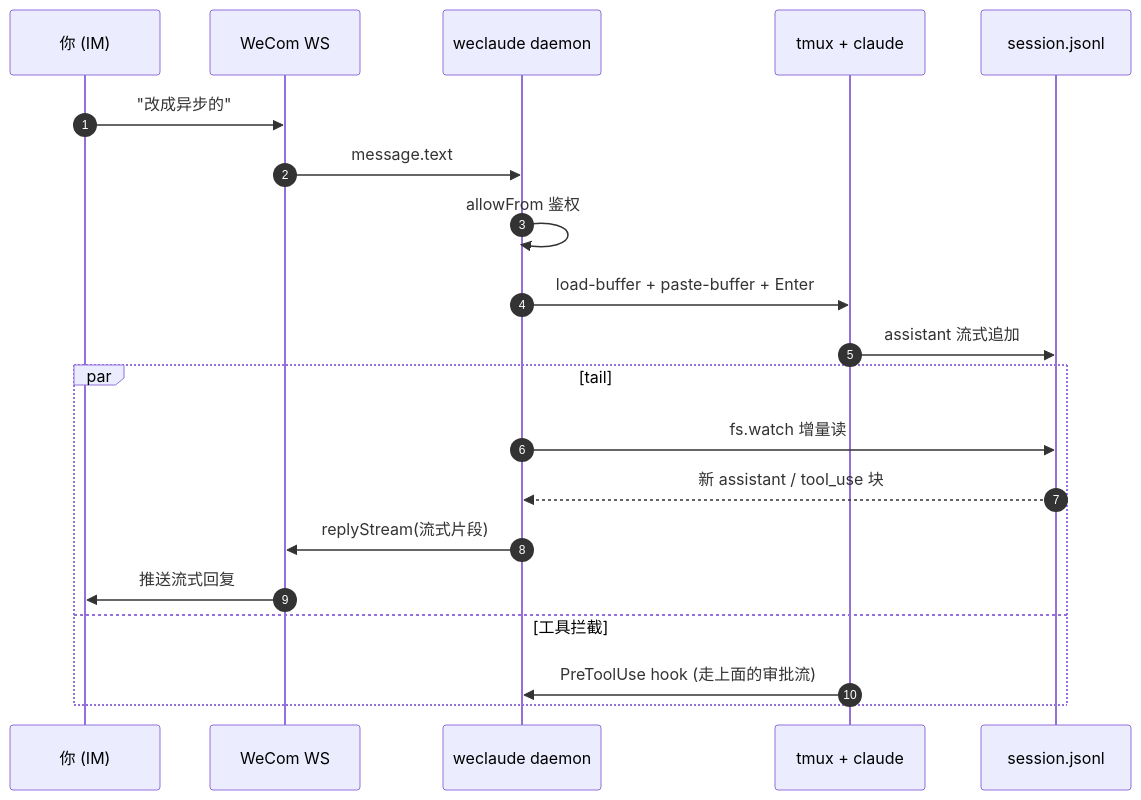
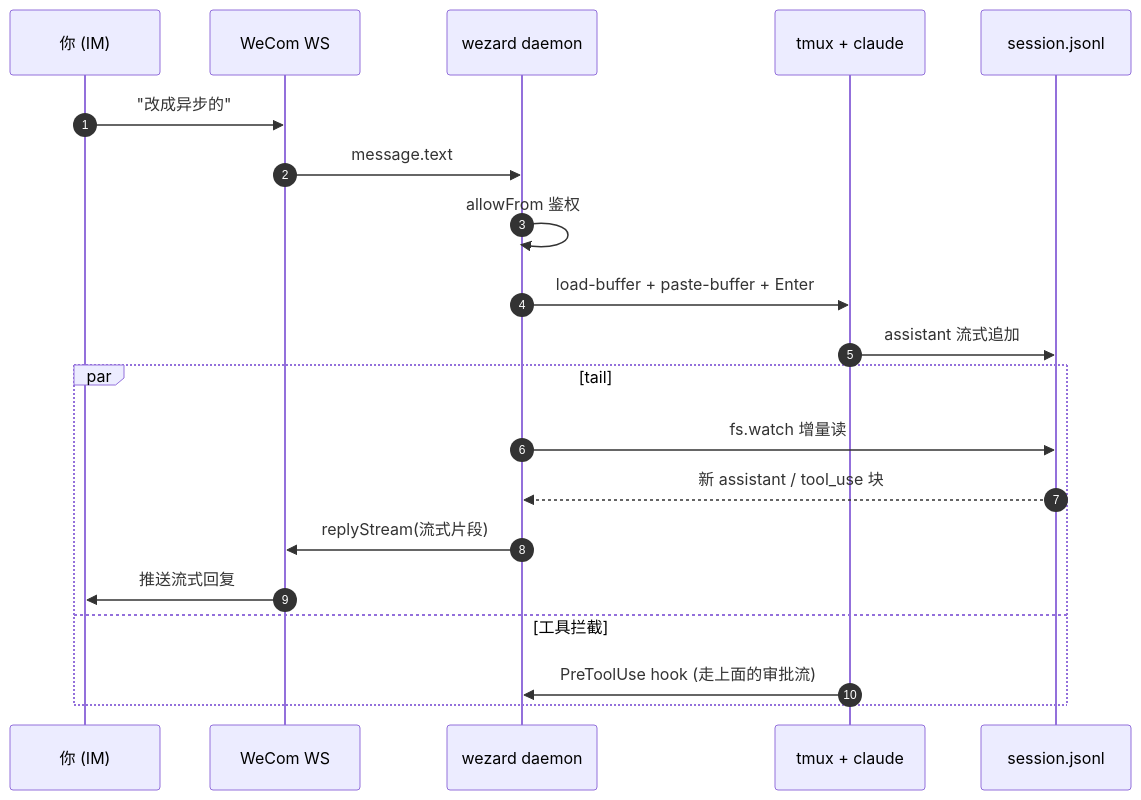
Before and after one commit to SxiaZB/weclaude: the second of 2 diagrams in README.md, drawn with Mermaid. The commit also changed other lines of this file and 41 other files, not shown here.

First line of the commit message:
feat!: rename weclaude → wezard, add `wezard migrate` (v1.0.0)

````diff
--- a/README.md
+++ b/README.md
@@ -244,23 +244,23 @@
 ```mermaid
 sequenceDiagram
     autonumber
     participant U as 你 (IM)
     participant WS as WeCom WS
-    participant D as weclaude daemon
+    participant D as wezard daemon
     participant T as tmux + claude
     participant J as session.jsonl
 
     U->>WS: "改成异步的"
     WS->>D: message.text
     D->>D: allowFrom 鉴权
     D->>T: load-buffer + paste-buffer + Enter
     T->>J: assistant 流式追加
     par tail
         D->>J: fs.watch 增量读
         J-->>D: 新 assistant / tool_use 块
         D->>WS: replyStream(流式片段)
         WS->>U: 推送流式回复
     and 工具拦截
         T->>D: PreToolUse hook (走上面的审批流)
     end
 ```
````
